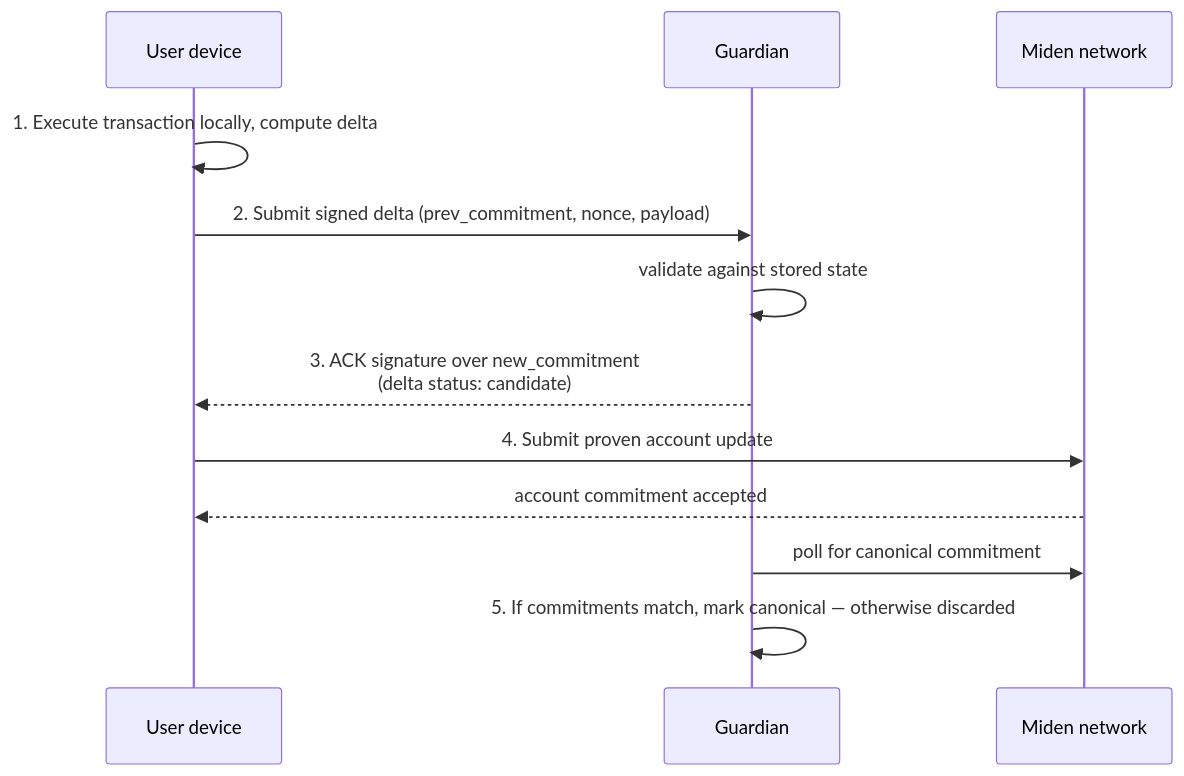
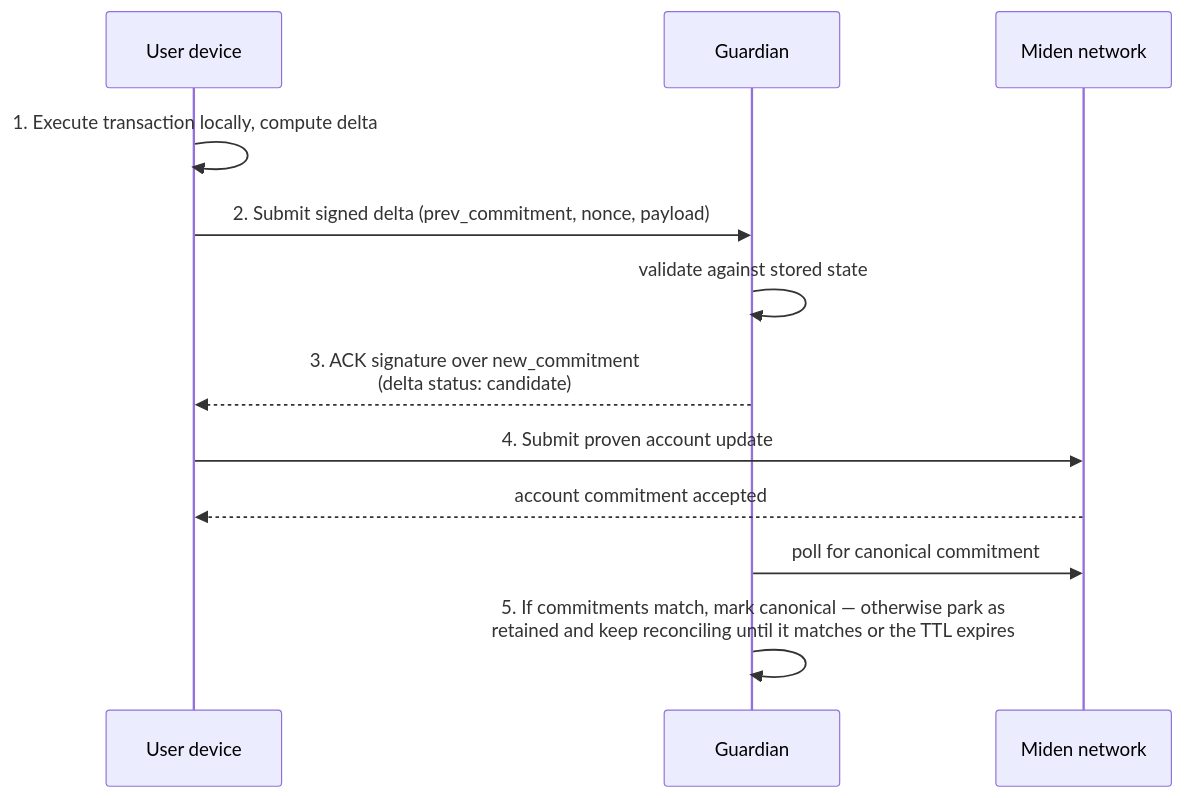
The second of 4 diagrams in docs/CONCEPTS.md (OpenZeppelin/guardian), drawn with Mermaid before and after one commit. The commit also changed other lines of this file and 51 other files, not shown here.

````diff
--- a/docs/CONCEPTS.md
+++ b/docs/CONCEPTS.md
@@ -82,15 +82,15 @@
 ```mermaid
 sequenceDiagram
   participant U as User device
   participant G as Guardian
   participant M as Miden network
 
   U->>U: 1. Execute transaction locally, compute delta
   U->>G: 2. Submit signed delta (prev_commitment, nonce, payload)
   G->>G: validate against stored state
   G-->>U: 3. ACK signature over new_commitment<br/>(delta status: candidate)
   U->>M: 4. Submit proven account update
   M-->>U: account commitment accepted
   G->>M: poll for canonical commitment
-  G->>G: 5. If commitments match, mark canonical — otherwise discarded
+  G->>G: 5. If commitments match, mark canonical — otherwise park as<br/>retained and keep reconciling until it matches or the TTL expires
 ```
````
